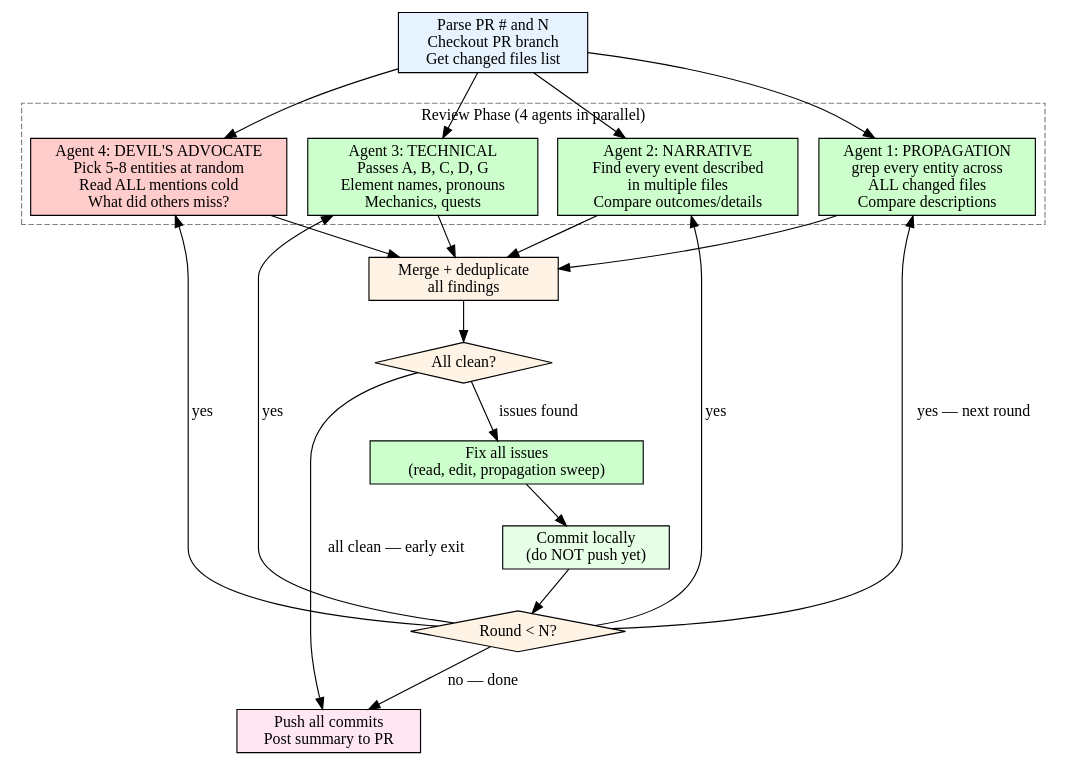
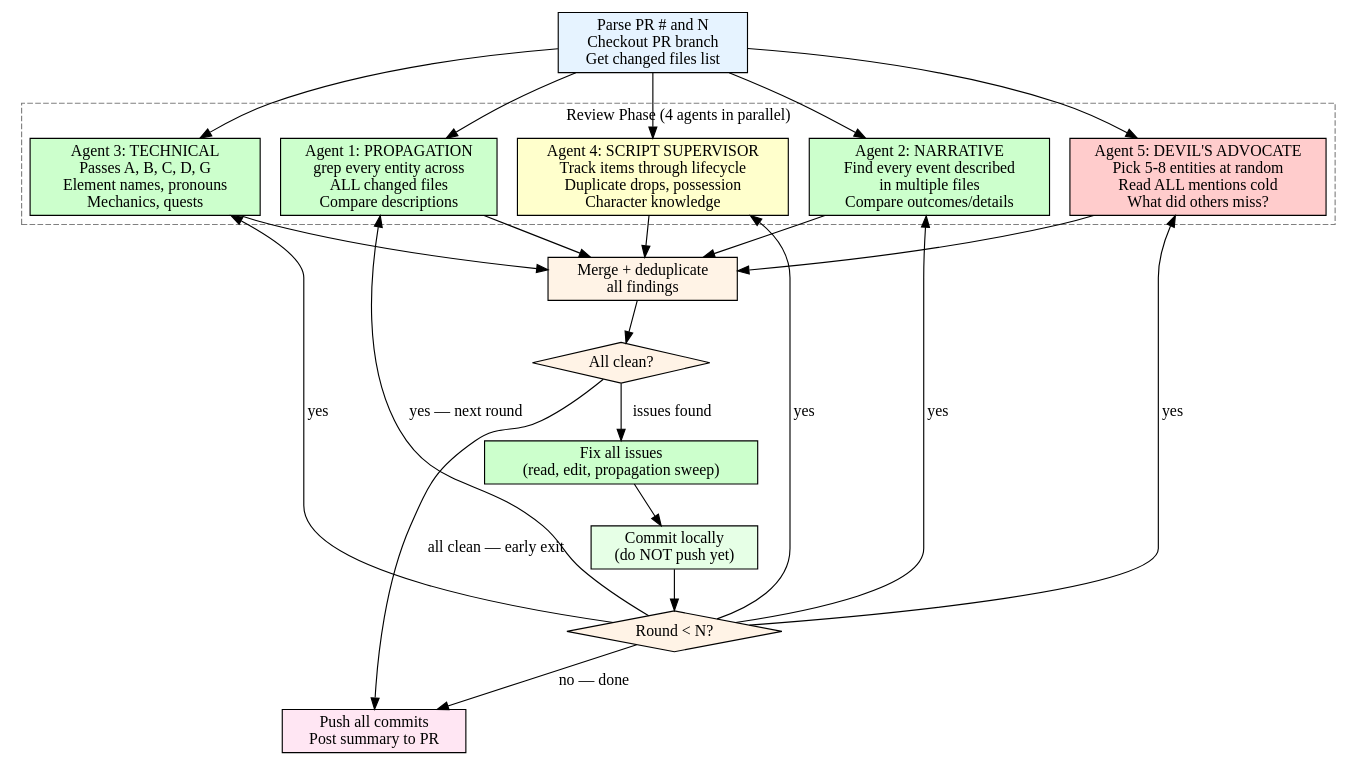
The diagram in .claude/skills/story-review-loop/SKILL.md (gcko/pendulum-of-despair), drawn with Graphviz before and after one commit. The commit also changed other lines of this file and 1 other file, not shown here.

````diff
--- a/.claude/skills/story-review-loop/SKILL.md
+++ b/.claude/skills/story-review-loop/SKILL.md
@@ -59,45 +59,49 @@
 ```dot
 digraph review_loop {
     rankdir=TB;
     node [shape=box, style=filled, fillcolor=lightblue];
 
     start [label="Parse PR # and N\nCheckout PR branch\nGet changed files list", fillcolor="#e6f3ff"];
 
     subgraph cluster_review {
         label="Review Phase (4 agents in parallel)";
         style=dashed;
         color=grey;
 
         agent1 [label="Agent 1: PROPAGATION\ngrep every entity across\nALL changed files\nCompare descriptions", fillcolor="#ccffcc"];
         agent2 [label="Agent 2: NARRATIVE\nFind every event described\nin multiple files\nCompare outcomes/details", fillcolor="#ccffcc"];
         agent3 [label="Agent 3: TECHNICAL\nPasses A, B, C, D, G\nElement names, pronouns\nMechanics, quests", fillcolor="#ccffcc"];
-        agent4 [label="Agent 4: DEVIL'S ADVOCATE\nPick 5-8 entities at random\nRead ALL mentions cold\nWhat did others miss?", fillcolor="#ffcccc"];
+        agent4 [label="Agent 4: SCRIPT SUPERVISOR\nTrack items through lifecycle\nDuplicate drops, possession\nCharacter knowledge", fillcolor="#ffffcc"];
+        agent5 [label="Agent 5: DEVIL'S ADVOCATE\nPick 5-8 entities at random\nRead ALL mentions cold\nWhat did others miss?", fillcolor="#ffcccc"];
     }
 
     merge [label="Merge + deduplicate\nall findings", fillcolor="#fff3e6"];
     clean [label="All clean?", shape=diamond, fillcolor="#fff3e6"];
     fix [label="Fix all issues\n(read, edit, propagation sweep)", fillcolor="#ccffcc"];
     commit [label="Commit locally\n(do NOT push yet)", fillcolor="#e6ffe6"];
     count [label="Round < N?", shape=diamond, fillcolor="#fff3e6"];
     push [label="Push all commits\nPost summary to PR", fillcolor="#ffe6f3"];
 
     start -> agent1;
     start -> agent2;
     start -> agent3;
     start -> agent4;
+    start -> agent5;
     agent1 -> merge;
     agent2 -> merge;
     agent3 -> merge;
     agent4 -> merge;
+    agent5 -> merge;
     merge -> clean;
     clean -> fix [label="issues found"];
     clean -> push [label="all clean — early exit"];
     fix -> commit;
     commit -> count;
     count -> agent1 [label="yes — next round"];
     count -> agent2 [label="yes"];
     count -> agent3 [label="yes"];
     count -> agent4 [label="yes"];
+    count -> agent5 [label="yes"];
     count -> push [label="no — done"];
 }
 ```
````
